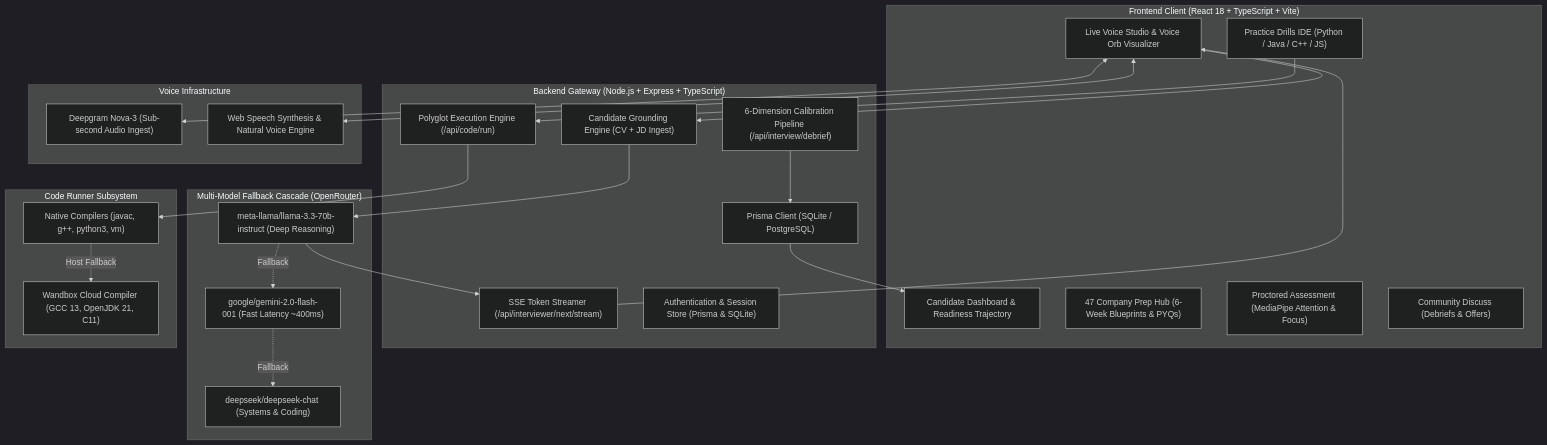
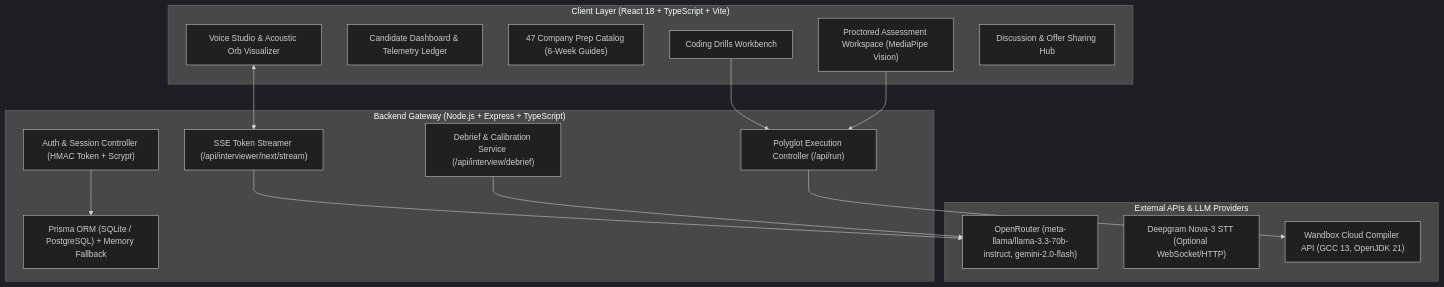
Before and after one commit to piyush23-eng/TeLos: the diagram in README.md, drawn with Mermaid (dark theme). The commit also changed other lines of this file, not shown here.

Commit message:
docs(readme): rewrite README with accurate, factual, and production-aligned architecture documentation

````diff
--- a/README.md
+++ b/README.md
@@ -42,50 +45,33 @@
 ```mermaid
 flowchart TD
-    subgraph Client ["Frontend Client (React 18 + TypeScript + Vite)"]
-        Dashboard["Candidate Dashboard & Readiness Trajectory"]
-        Studio["Live Voice Studio & Voice Orb Visualizer"]
-        Prep["47 Company Prep Hub (6-Week Blueprints & PYQs)"]
-        Drills["Practice Drills IDE (Python / Java / C++ / JS)"]
-        Proctor["Proctored Assessment (MediaPipe Attention & Focus)"]
-        Community["Community Discuss (Debriefs & Offers)"]
+    subgraph Frontend ["Client Layer (React 18 + TypeScript + Vite)"]
+        Studio["Voice Studio & Acoustic Orb Visualizer"]
+        Dashboard["Candidate Dashboard & Telemetry Ledger"]
+        Prep["47 Company Prep Catalog (6-Week Guides)"]
+        Drills["Coding Drills Workbench"]
+        Assessment["Proctored Assessment Workspace (MediaPipe Vision)"]
+        Community["Discussion & Offer Sharing Hub"]
     end
 
-    subgraph Server ["Backend Gateway (Node.js + Express + TypeScript)"]
-        SSEStreamer["SSE Token Streamer (/api/interviewer/next/stream)"]
-        ContextEngine["Candidate Grounding Engine (CV + JD Ingest)"]
-        DebriefEngine["6-Dimension Calibration Pipeline (/api/interview/debrief)"]
-        RunnerEngine["Polyglot Execution Engine (/api/code/run)"]
-        AuthService["Authentication & Session Store (Prisma & SQLite)"]
-        PrismaORM["Prisma Client (SQLite / PostgreSQL)"]
+    subgraph BackendGateway ["Backend Gateway (Node.js + Express + TypeScript)"]
+        Auth["Auth & Session Controller (HMAC Token + Scrypt)"]
+        StreamHandler["SSE Token Streamer (/api/interviewer/next/stream)"]
+        DebriefService["Debrief & Calibration Service (/api/interview/debrief)"]
+        CodeRunner["Polyglot Execution Controller (/api/run)"]
+        PrismaStore["Prisma ORM (SQLite / PostgreSQL) + Memory Fallback"]
     end
 
-    subgraph Intelligence ["Multi-Model Fallback Cascade (OpenRouter)"]
-        PrimaryLLM["meta-llama/llama-3.3-70b-instruct (Deep Reasoning)"]
-        FallbackLLM1["google/gemini-2.0-flash-001 (Fast Latency ~400ms)"]
-        FallbackLLM2["deepseek/deepseek-chat (Systems & Coding)"]
+    subgraph ExternalServices ["External APIs & LLM Providers"]
+        OpenRouter["OpenRouter (meta-llama/llama-3.3-70b-instruct, gemini-2.0-flash)"]
+        Deepgram["Deepgram Nova-3 STT (Optional WebSocket/HTTP)"]
+        WandboxAPI["Wandbox Cloud Compiler API (GCC 13, OpenJDK 21)"]
     end
 
-    subgraph ExecutionLayer ["Code Runner Subsystem"]
-        LocalHost["Native Compilers (javac, g++, python3, vm)"]
-        WandboxCloud["Wandbox Cloud Compiler (GCC 13, OpenJDK 21, C11)"]
-    end
-
-    subgraph AudioSpeech ["Voice Infrastructure"]
-        DeepgramSTT["Deepgram Nova-3 (Sub-second Audio Ingest)"]
-        BrowserTTS["Web Speech Synthesis & Natural Voice Engine"]
-    end
-
-    Studio <--> DeepgramSTT
-    Studio <--> BrowserTTS
-    Studio --> ContextEngine
-    ContextEngine --> PrimaryLLM
-    PrimaryLLM -. Fallback .-> FallbackLLM1
-    FallbackLLM1 -. Fallback .-> FallbackLLM2
-    PrimaryLLM --> SSEStreamer
-    SSEStreamer --> Studio
-    Drills --> RunnerEngine
-    RunnerEngine --> LocalHost
-    LocalHost -. Host Fallback .-> WandboxCloud
-    DebriefEngine --> PrismaORM
-    PrismaORM --> Dashboard
+    Studio <--> StreamHandler
+    StreamHandler --> OpenRouter
+    DebriefService --> OpenRouter
+    Drills --> CodeRunner
+    Assessment --> CodeRunner
+    CodeRunner --> WandboxAPI
+    Auth --> PrismaStore
 ```
````
